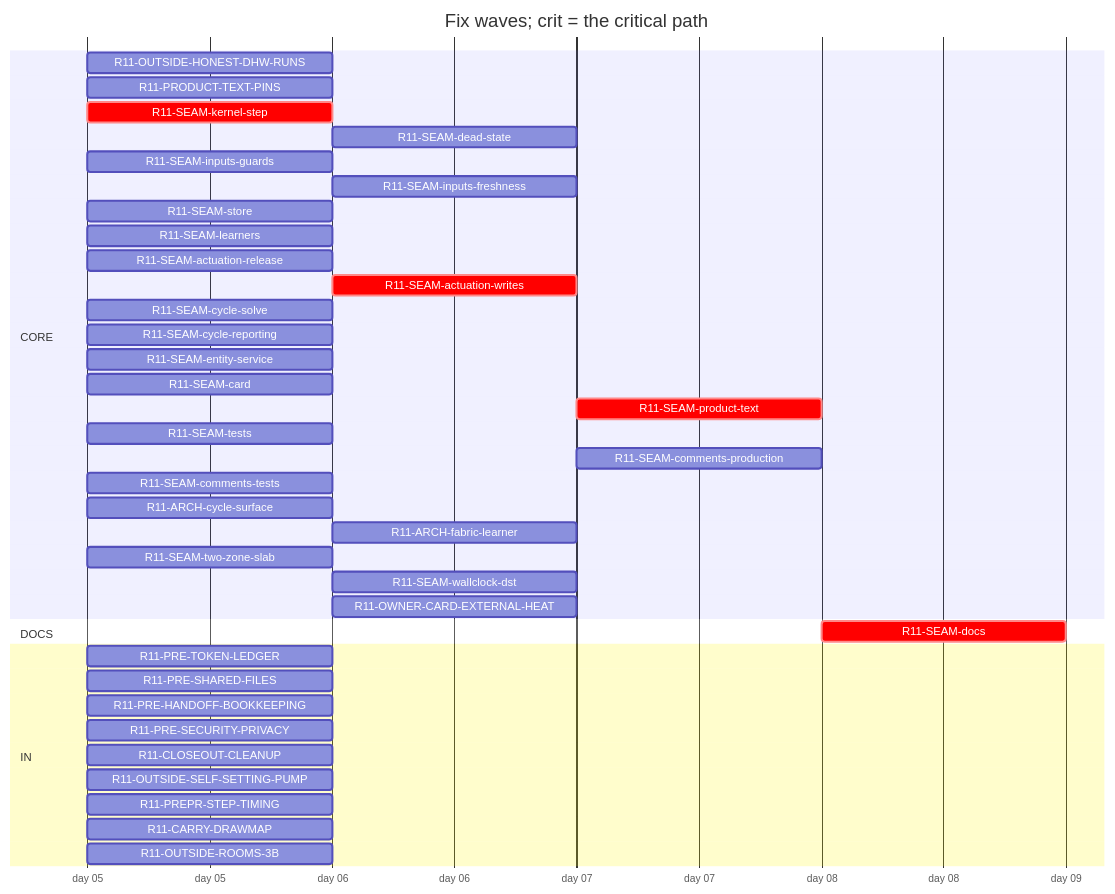
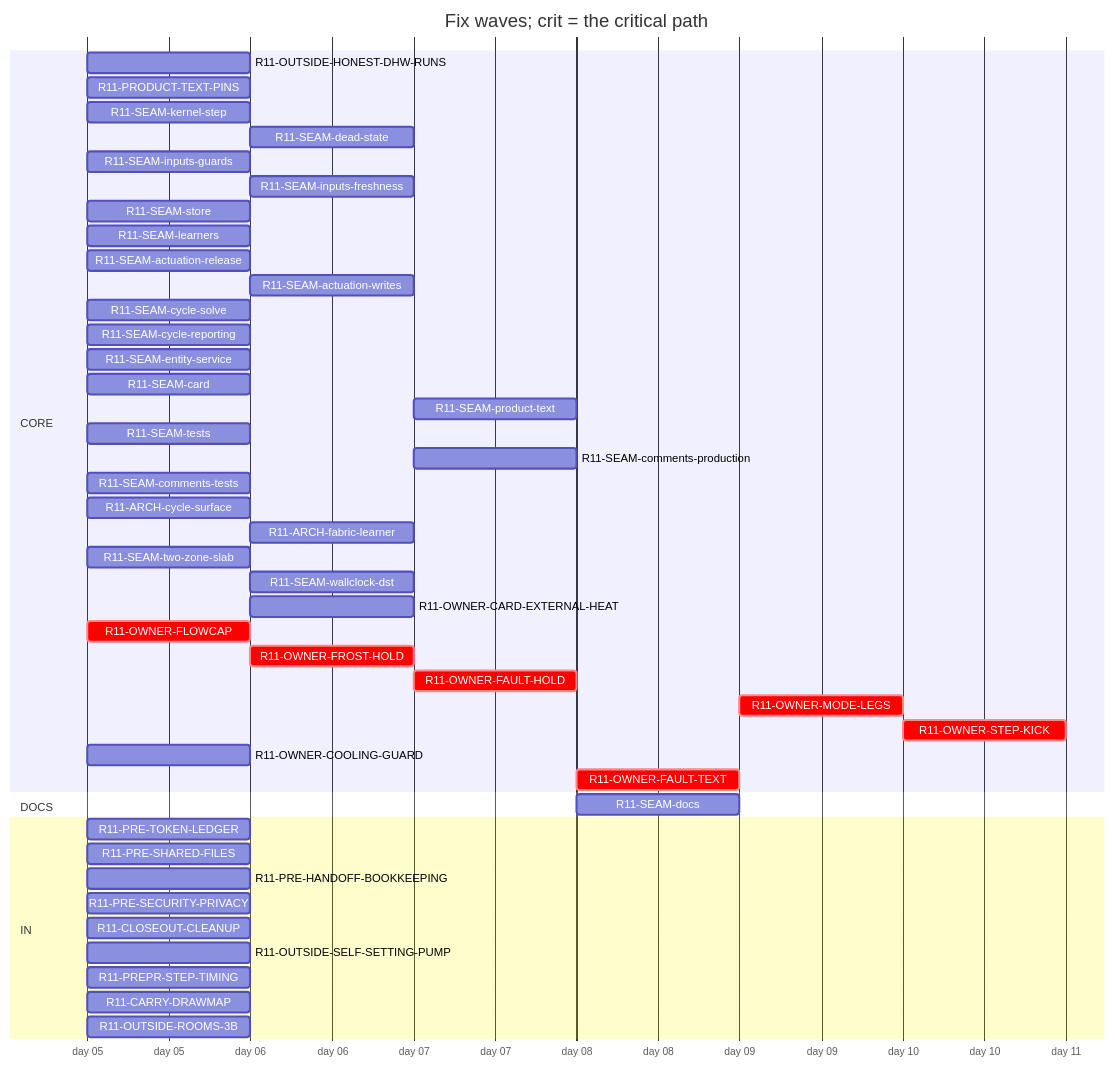
The diagram in handoff/round11/state/PLAN-TABLE.md (tvofi/heatpump_optimizer), drawn with Mermaid before and after one commit. The commit also changed other lines of this file and 4 other files, not shown here.

Commit message:
state: FLOW-BOARD.md, NEXT-SESSION-PROMPT.md, PLAN-TABLE.md, PLAN.html, RESUME-CURRENT.md regenerated (state_docs.py)

````diff
--- a/handoff/round11/state/PLAN-TABLE.md
+++ b/handoff/round11/state/PLAN-TABLE.md
@@ -16,42 +16,49 @@
 ```mermaid
 gantt
   title Fix waves; crit = the critical path
   dateFormat YYYY-MM-DD
   axisFormat day %d
   section CORE
     R11-OUTSIDE-HONEST-DHW-RUNS :r11OUTSIDEHONESTDHWRUNS, 2026-01-05, 1d
     R11-PRODUCT-TEXT-PINS :r11PRODUCTTEXTPINS, 2026-01-05, 1d
-    R11-SEAM-kernel-step :crit, r11SEAMkernelstep, 2026-01-05, 1d
+    R11-SEAM-kernel-step :r11SEAMkernelstep, 2026-01-05, 1d
     R11-SEAM-dead-state :r11SEAMdeadstate, after r11SEAMstore, 1d
     R11-SEAM-inputs-guards :r11SEAMinputsguards, 2026-01-05, 1d
     R11-SEAM-inputs-freshness :r11SEAMinputsfreshness, after r11SEAMkernelstep, 1d
     R11-SEAM-store :r11SEAMstore, 2026-01-05, 1d
     R11-SEAM-learners :r11SEAMlearners, 2026-01-05, 1d
     R11-SEAM-actuation-release :r11SEAMactuationrelease, 2026-01-05, 1d
-    R11-SEAM-actuation-writes :crit, r11SEAMactuationwrites, after r11SEAMkernelstep r11SEAMactuationrelease, 1d
+    R11-SEAM-actuation-writes :r11SEAMactuationwrites, after r11SEAMkernelstep r11SEAMactuationrelease, 1d
     R11-SEAM-cycle-solve :r11SEAMcyclesolve, 2026-01-05, 1d
     R11-SEAM-cycle-reporting :r11SEAMcyclereporting, 2026-01-05, 1d
     R11-SEAM-entity-service :r11SEAMentityservice, 2026-01-05, 1d
     R11-SEAM-card :r11SEAMcard, 2026-01-05, 1d
-    R11-SEAM-product-text :crit, r11SEAMproducttext, after r11SEAMactuationrelease r11SEAMactuationwrites r11SEAMentityservice r11SEAMinputsguards r11SEAMinputsfreshness r11SEAMcyclesolve r11SEAMcyclereporting, 1d
+    R11-SEAM-product-text :r11SEAMproducttext, after r11SEAMactuationrelease r11SEAMactuationwrites r11SEAMentityservice r11SEAMinputsguards r11SEAMinputsfreshness r11SEAMcyclesolve r11SEAMcyclereporting, 1d
     R11-SEAM-tests :r11SEAMtests, 2026-01-05, 1d
     R11-SEAM-comments-production :r11SEAMcommentsproduction, after r11SEAMactuationrelease r11SEAMactuationwrites r11SEAMentityservice r11SEAMinputsguards r11SEAMinputsfreshness r11SEAMcyclesolve r11SEAMcyclereporting, 1d
     R11-SEAM-comments-tests :r11SEAMcommentstests, 2026-01-05, 1d
     R11-ARCH-cycle-surface :r11ARCHcyclesurface, 2026-01-05, 1d
     R11-ARCH-fabric-learner :r11ARCHfabriclearner, after r11SEAMlearners, 1d
     R11-SEAM-two-zone-slab :r11SEAMtwozoneslab, 2026-01-05, 1d
     R11-SEAM-wallclock-dst :r11SEAMwallclockdst, after r11SEAMkernelstep, 1d
     R11-OWNER-CARD-EXTERNAL-HEAT :r11OWNERCARDEXTERNALHEAT, after r11SEAMcard, 1d
+    R11-OWNER-FLOWCAP :crit, r11OWNERFLOWCAP, 2026-01-05, 1d
+    R11-OWNER-FROST-HOLD :crit, r11OWNERFROSTHOLD, after r11OWNERFLOWCAP, 1d
+    R11-OWNER-FAULT-HOLD :crit, r11OWNERFAULTHOLD, after r11OWNERFROSTHOLD, 1d
+    R11-OWNER-MODE-LEGS :crit, r11OWNERMODELEGS, after r11OWNERFAULTTEXT, 1d
+    R11-OWNER-STEP-KICK :crit, r11OWNERSTEPKICK, after r11OWNERMODELEGS, 1d
+    R11-OWNER-COOLING-GUARD :r11OWNERCOOLINGGUARD, 2026-01-05, 1d
+    R11-OWNER-FAULT-TEXT :crit, r11OWNERFAULTTEXT, after r11OWNERFAULTHOLD, 1d
   section DOCS
-    R11-SEAM-docs :crit, r11SEAMdocs, after r11SEAMlearners r11SEAMactuationrelease r11SEAMactuationwrites r11SEAMentityservice r11SEAMinputsguards r11SEAMinputsfreshness r11SEAMcyclesolve r11SEAMcyclereporting r11SEAMcard r11SEAMproducttext, 1d
+    R11-SEAM-docs :r11SEAMdocs, after r11SEAMlearners r11SEAMactuationrelease r11SEAMactuationwrites r11SEAMentityservice r11SEAMinputsguards r11SEAMinputsfreshness r11SEAMcyclesolve r11SEAMcyclereporting r11SEAMcard r11SEAMproducttext, 1d
   section IN
     R11-PRE-TOKEN-LEDGER :r11PRETOKENLEDGER, 2026-01-05, 1d
     R11-PRE-SHARED-FILES :r11PRESHAREDFILES, 2026-01-05, 1d
     R11-PRE-HANDOFF-BOOKKEEPING :r11PREHANDOFFBOOKKEEPING, 2026-01-05, 1d
     R11-PRE-SECURITY-PRIVACY :r11PRESECURITYPRIVACY, 2026-01-05, 1d
     R11-CLOSEOUT-CLEANUP :r11CLOSEOUTCLEANUP, 2026-01-05, 1d
     R11-OUTSIDE-SELF-SETTING-PUMP :r11OUTSIDESELFSETTINGPUMP, 2026-01-05, 1d
     R11-PREPR-STEP-TIMING :r11PREPRSTEPTIMING, 2026-01-05, 1d
     R11-CARRY-DRAWMAP :r11CARRYDRAWMAP, 2026-01-05, 1d
     R11-OUTSIDE-ROOMS-3B :r11OUTSIDEROOMS3B, 2026-01-05, 1d
 ```
````
